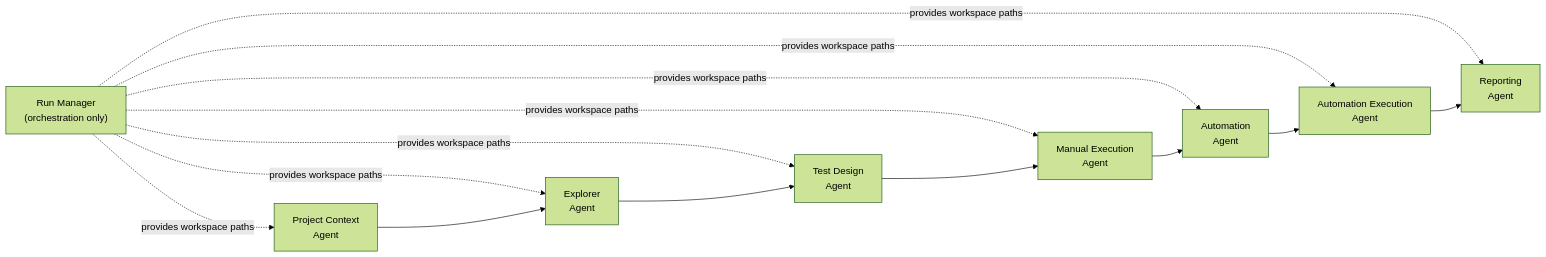
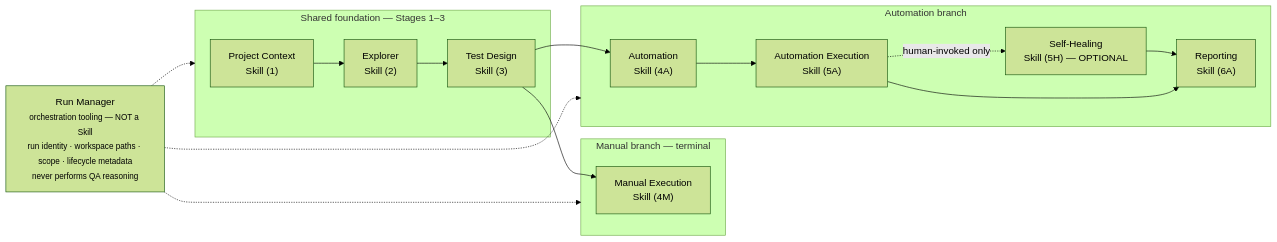
The fourth of 10 diagrams in README.md (HusseinAtaHussein1/AISeatMap), drawn with Mermaid (forest theme) before and after one commit. The commit also changed other lines of this file and 30 other files, not shown here.

First line of the commit message:
docs(platform): align architecture specs on the two-pipeline model, and specify the new capabilities

````diff
--- a/README.md
+++ b/README.md
@@ -352,21 +394,33 @@
 ```mermaid
 flowchart LR
-    RM["Run Manager<br/>(orchestration only)"]
-    PCA["Project Context<br/>Agent"]
-    EXP["Explorer<br/>Agent"]
-    TD["Test Design<br/>Agent"]
-    MANEX["Manual Execution<br/>Agent"]
-    AUTO["Automation<br/>Agent"]
-    AEXEC["Automation Execution<br/>Agent"]
-    REP["Reporting<br/>Agent"]
+    RM["Run Manager<br/><small>orchestration tooling — NOT a Skill<br/>run identity · workspace paths · scope · lifecycle metadata<br/>never performs QA reasoning</small>"]
 
-    RM -.provides workspace paths.-> PCA
-    RM -.provides workspace paths.-> EXP
-    RM -.provides workspace paths.-> TD
-    RM -.provides workspace paths.-> MANEX
-    RM -.provides workspace paths.-> AUTO
-    RM -.provides workspace paths.-> AEXEC
-    RM -.provides workspace paths.-> REP
+    subgraph SHARED["Shared foundation — Stages 1–3"]
+        PCA["Project Context<br/>Skill (1)"]
+        EXP["Explorer<br/>Skill (2)"]
+        TD["Test Design<br/>Skill (3)"]
+        PCA --> EXP --> TD
+    end
 
-    PCA --> EXP --> TD --> MANEX --> AUTO --> AEXEC --> REP
+    subgraph MANUAL["Manual branch — terminal"]
+        MANEX["Manual Execution<br/>Skill (4M)"]
+    end
+
+    subgraph AUTOMATION["Automation branch"]
+        AUTO["Automation<br/>Skill (4A)"]
+        AEXEC["Automation Execution<br/>Skill (5A)"]
+        HEAL["Self-Healing<br/>Skill (5H) — OPTIONAL"]
+        REP["Reporting<br/>Skill (6A)"]
+        AUTO --> AEXEC
+        AEXEC -. "human-invoked only" .-> HEAL
+        HEAL --> REP
+        AEXEC --> REP
+    end
+
+    TD --> MANEX
+    TD --> AUTO
+
+    RM -.-> SHARED
+    RM -.-> MANUAL
+    RM -.-> AUTOMATION
 ```
````
